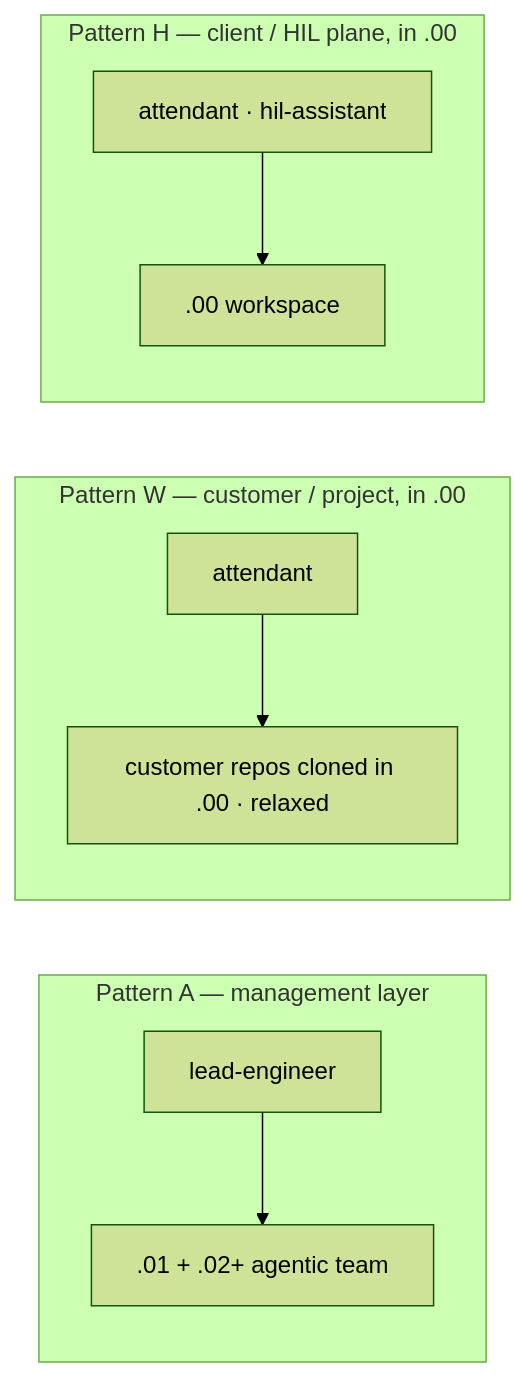
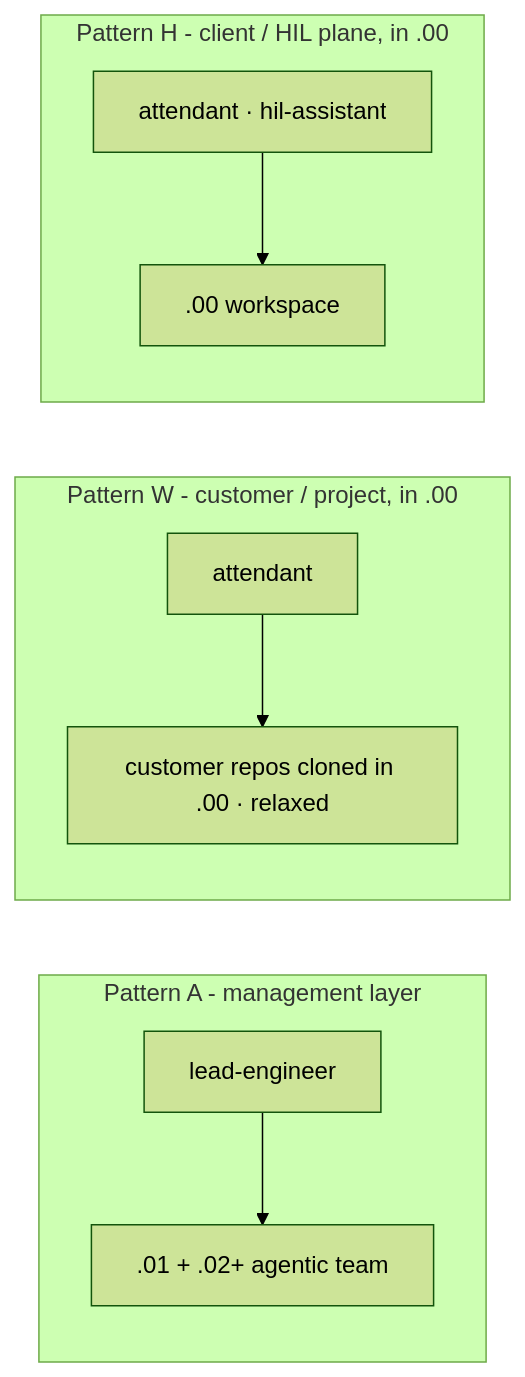
Before and after one commit to sworley/AgenticCore: the third of 4 diagrams in mddocs/onboarding/visual-overview.md, drawn with Mermaid (forest theme). The commit also changed other lines of this file and 224 other files, not shown here.

````diff
--- a/mddocs/onboarding/visual-overview.md
+++ b/mddocs/onboarding/visual-overview.md
@@ -70,14 +70,14 @@
 ```mermaid
 flowchart LR
-    subgraph A[Pattern A — management layer]
+    subgraph A[Pattern A - management layer]
         LA[lead-engineer] --> TA[.01 + .02+ agentic team]
     end
 
-    subgraph W[Pattern W — customer / project, in .00]
+    subgraph W[Pattern W - customer / project, in .00]
         AW[attendant] --> TW[customer repos cloned in .00 · relaxed]
     end
 
-    subgraph H[Pattern H — client / HIL plane, in .00]
+    subgraph H[Pattern H - client / HIL plane, in .00]
         AH[attendant · hil-assistant] --> TH[.00 workspace]
     end
 ```
````
